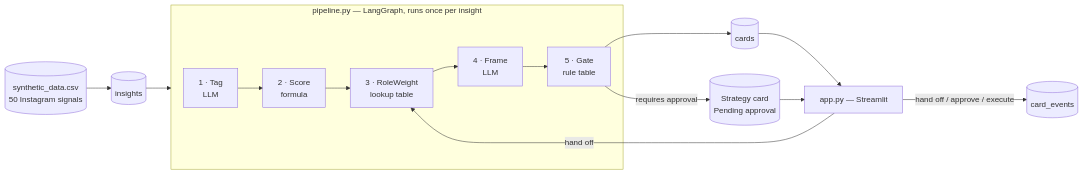
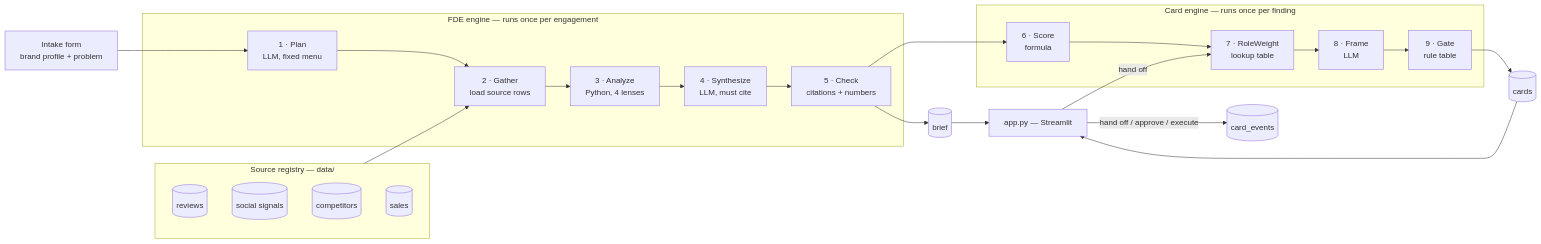
The first of 4 diagrams in README.md (BhaveshMRA/crewasis-prototype), drawn with Mermaid before and after one commit. The commit also changed other lines of this file, not shown here.

First line of the commit message:
Reframe README as FDE in a box for a protein brand

````diff
--- a/README.md
+++ b/README.md
@@ -46,16 +71,28 @@
 ```mermaid
 flowchart LR
-    CSV[(synthetic_data.csv<br/>50 Instagram signals)] --> DB1[(insights)]
-    DB1 --> P
+    IN[Intake form<br/>brand profile + problem] --> PL
 
-    subgraph P[pipeline.py — LangGraph, runs once per insight]
-        T[1 · Tag<br/>LLM] --> S[2 · Score<br/>formula] --> W[3 · RoleWeight<br/>lookup table] --> F[4 · Frame<br/>LLM] --> G[5 · Gate<br/>rule table]
+    subgraph SRC[Source registry — data/]
+        R[(reviews)]
+        S[(social signals)]
+        C[(competitors)]
+        M[(sales)]
     end
 
-    G --> C[(cards)]
-    G -- requires approval --> A[(Strategy card<br/>Pending approval)]
-    C --> UI[app.py — Streamlit]
-    A --> UI
-    UI -- hand off / approve / execute --> E[(card_events)]
-    UI -- hand off --> W
+    subgraph FDE[FDE engine — runs once per engagement]
+        PL[1 · Plan<br/>LLM, fixed menu] --> GA[2 · Gather<br/>load source rows] --> AN[3 · Analyze<br/>Python, 4 lenses] --> SY[4 · Synthesize<br/>LLM, must cite] --> CK[5 · Check<br/>citations + numbers]
+    end
+
+    subgraph CE[Card engine — runs once per finding]
+        SC[6 · Score<br/>formula] --> RW[7 · RoleWeight<br/>lookup table] --> FR[8 · Frame<br/>LLM] --> GT[9 · Gate<br/>rule table]
+    end
+
+    SRC --> GA
+    CK --> BR[(brief)]
+    CK --> SC
+    GT --> CD[(cards)]
+    BR --> UI[app.py — Streamlit]
+    CD --> UI
+    UI -- hand off / approve / execute --> EV[(card_events)]
+    UI -- hand off --> RW
 ```
````
